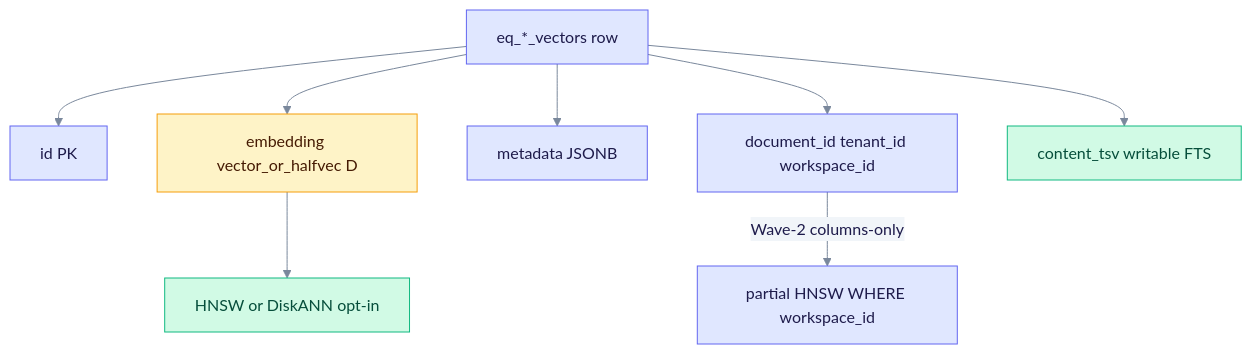
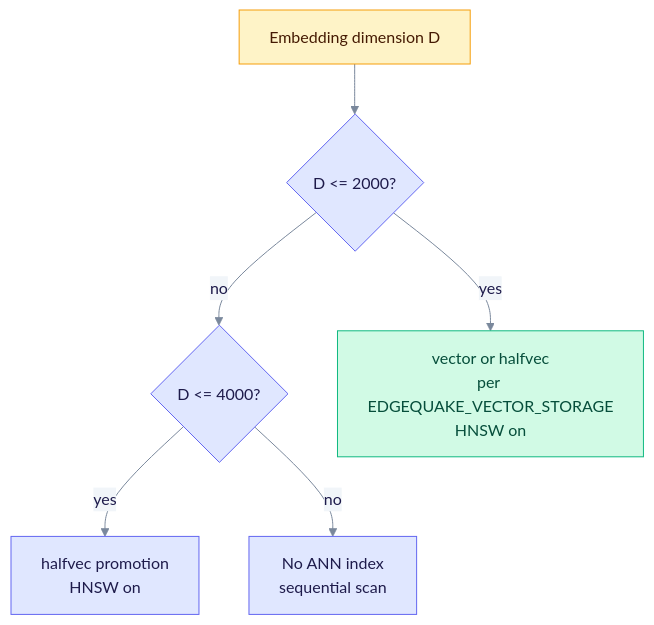
The fifth of 7 diagrams in docs/deep-dives/data-layer.md (raphaelmansuy/edgequake), drawn with Mermaid before and after one commit. The commit also changed other lines of this file and 194 other files, not shown here.

First line of the commit message:
Refresh docs against code and rebuild schema E/R as progressive steps

````diff
--- a/docs/deep-dives/data-layer.md
+++ b/docs/deep-dives/data-layer.md
@@ -462,18 +347,21 @@
 ```mermaid
 %%{init: {"theme":"base","themeVariables":{"primaryColor":"#E0E7FF","primaryBorderColor":"#6366F1","primaryTextColor":"#1E1B4B","secondaryColor":"#D1FAE5","secondaryBorderColor":"#10B981","secondaryTextColor":"#064E3B","tertiaryColor":"#FEF3C7","tertiaryBorderColor":"#F59E0B","tertiaryTextColor":"#6B7A90","lineColor":"#7A889C","clusterBkg":"rgba(99,102,241,0.07)","clusterBorder":"#A5B4FC","noteBkgColor":"#FEF9C3","noteTextColor":"#422006","textColor":"#6B7A90","titleColor":"#6B7A90","signalColor":"#7A889C","signalTextColor":"#6B7A90","loopTextColor":"#6B7A90","edgeLabelBackground":"#F1F5F9","actorLineColor":"#94A3B8"}}}%%
 %% eq-theme:v1
 flowchart TB
-  row["eq_*_vectors row"]
-  row --> id["id PK"]
-  row --> emb["embedding vector_or_halfvec D"]
-  row --> meta["metadata JSONB"]
-  row --> denorm["document_id tenant_id workspace_id"]
-  row --> tsv["content_tsv writable FTS"]
-  denorm -->|"Wave-2 columns-only"| partial["partial HNSW WHERE workspace_id"]
-  emb --> hnsw["HNSW or DiskANN opt-in"]
+  start["Embedding dimension D"]
+  low{"D <= 2000?"}
+  mid{"D <= 4000?"}
+  vec["vector or halfvec<br/>per EDGEQUAKE_VECTOR_STORAGE<br/>HNSW on"]
+  half["halfvec promotion<br/>HNSW on"]
+  none["No ANN index<br/>sequential scan"]
+  start --> low
+  low -->|"yes"| vec
+  low -->|"no"| mid
+  mid -->|"yes"| half
+  mid -->|"no"| none
 %% eq-classes
 classDef eqLlm fill:#FEF3C7,stroke:#F59E0B,color:#451A03
 classDef eqStore fill:#D1FAE5,stroke:#10B981,color:#064E3B
-class emb eqLlm
-class tsv,hnsw eqStore
+class start eqLlm
+class vec eqStore
 ```
````
